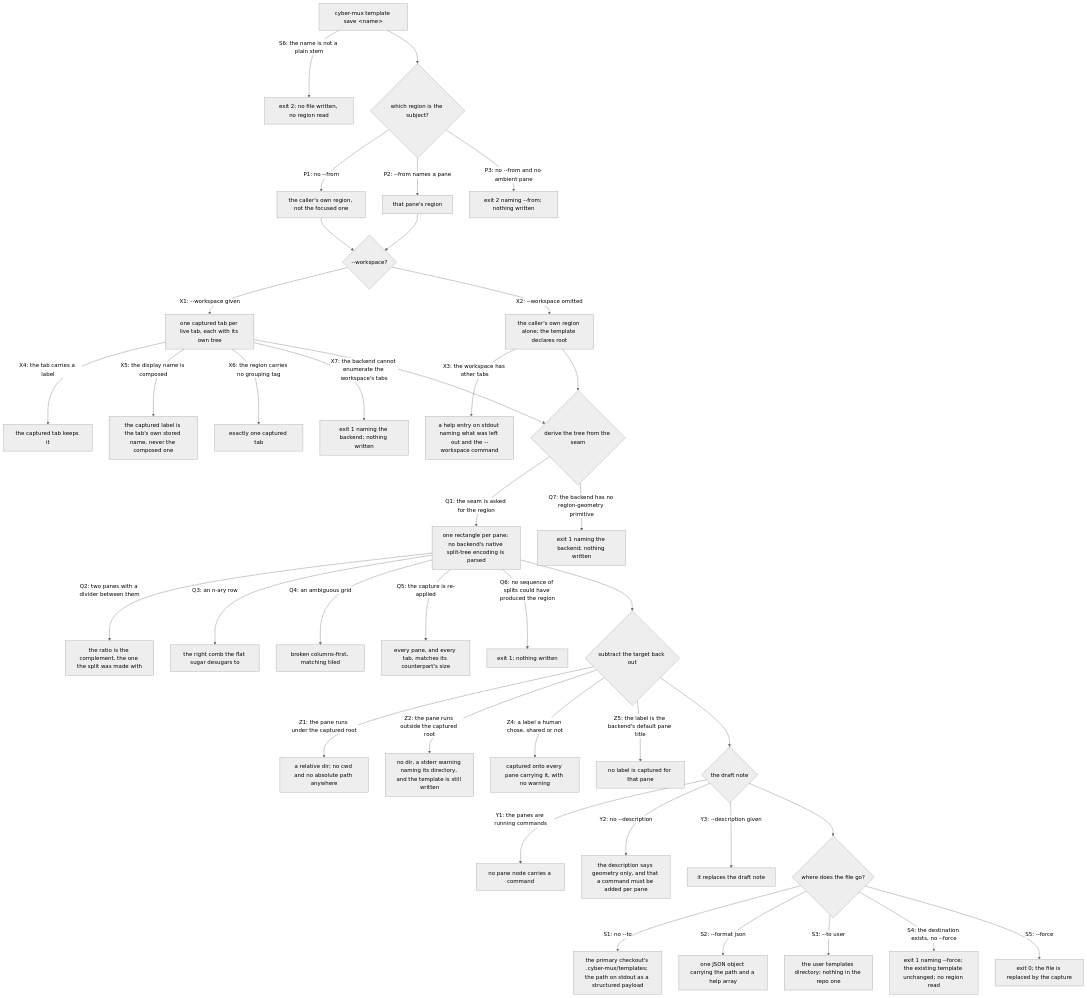
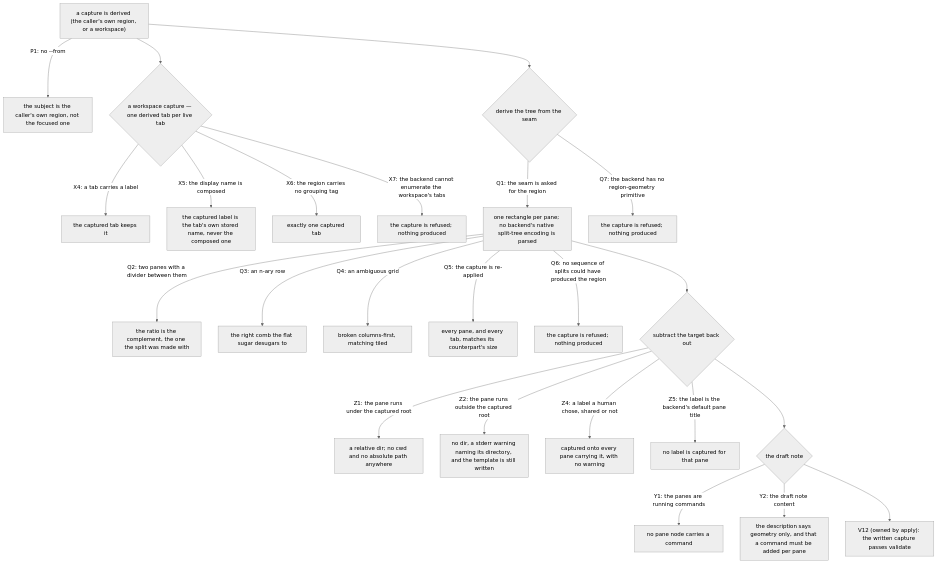
One commit to cyberuni/cyber-mux changed the diagram in packages/cyber-mux/.agents/spec/template/capture/README.md. Above: the diagram before and after it, drawn with Mermaid (neutral theme). The commit also changed other lines of this file and 31 other files, not shown here.

````diff
--- a/packages/cyber-mux/.agents/spec/template/capture/README.md
+++ b/packages/cyber-mux/.agents/spec/template/capture/README.md
@@ -178,43 +194,27 @@
 ```mermaid
 graph TD
-  SAVE["cyber-mux template save &lt;name&gt;"]
-  SAVE -->|"S6: the name is not a plain stem"| ES6["exit 2; no file written, no region read"]
-  SAVE --> SUBJ{"which region is the subject?"}
-  SUBJ -->|"P1: no --from"| P1["the caller's own region, not the focused one"]
-  SUBJ -->|"P2: --from names a pane"| P2["that pane's region"]
-  SUBJ -->|"P3: no --from and no ambient pane"| P3["exit 2 naming --from; nothing written"]
-  P1 --> SCOPE{"--workspace?"}
-  P2 --> SCOPE
-  SCOPE -->|"X1: --workspace given"| X1["one captured tab per live tab, each with its own tree"]
-  SCOPE -->|"X2: --workspace omitted"| X2["the caller's own region alone; the template declares root"]
-  X2 -->|"X3: the workspace has other tabs"| X3["a help entry on stdout naming what was left out and the --workspace command"]
-  X1 -->|"X4: the tab carries a label"| X4["the captured tab keeps it"]
-  X1 -->|"X5: the display name is composed"| X5["the captured label is the tab's own stored name, never the composed one"]
-  X1 -->|"X6: the region carries no grouping tag"| X6["exactly one captured tab"]
-  X1 -->|"X7: the backend cannot enumerate the workspace's tabs"| X7["exit 1 naming the backend; nothing written"]
-  X1 --> GEO
-  X2 --> GEO
-  GEO{"derive the tree from the seam"}
+  CAP["a capture is derived (the caller's own region, or a workspace)"]
+  CAP -->|"P1: no --from"| P1["the subject is the caller's own region, not the focused one"]
+  CAP --> WS{"a workspace capture — one derived tab per live tab"}
+  WS -->|"X4: a tab carries a label"| X4["the captured tab keeps it"]
+  WS -->|"X5: the display name is composed"| X5["the captured label is the tab's own stored name, never the composed one"]
+  WS -->|"X6: the region carries no grouping tag"| X6["exactly one captured tab"]
+  WS -->|"X7: the backend cannot enumerate the workspace's tabs"| X7["the capture is refused; nothing produced"]
+  CAP --> GEO{"derive the tree from the seam"}
   GEO -->|"Q1: the seam is asked for the region"| Q1["one rectangle per pane; no backend's native split-tree encoding is parsed"]
   Q1 -->|"Q2: two panes with a divider between them"| Q2["the ratio is the complement, the one the split was made with"]
   Q1 -->|"Q3: an n-ary row"| Q3["the right comb the flat sugar desugars to"]
   Q1 -->|"Q4: an ambiguous grid"| Q4["broken columns-first, matching tiled"]
   Q1 -->|"Q5: the capture is re-applied"| Q5["every pane, and every tab, matches its counterpart's size"]
-  Q1 -->|"Q6: no sequence of splits could have produced the region"| Q6["exit 1; nothing written"]
-  GEO -->|"Q7: the backend has no region-geometry primitive"| Q7["exit 1 naming the backend; nothing written"]
+  Q1 -->|"Q6: no sequence of splits could have produced the region"| Q6["the capture is refused; nothing produced"]
+  GEO -->|"Q7: the backend has no region-geometry primitive"| Q7["the capture is refused; nothing produced"]
   Q1 --> SUB{"subtract the target back out"}
   SUB -->|"Z1: the pane runs under the captured root"| Z1["a relative dir; no cwd and no absolute path anywhere"]
   SUB -->|"Z2: the pane runs outside the captured root"| Z2["no dir, a stderr warning naming its directory, and the template is still written"]
   SUB -->|"Z4: a label a human chose, shared or not"| Z4["captured onto every pane carrying it, with no warning"]
   SUB -->|"Z5: the label is the backend's default pane title"| Z5["no label is captured for that pane"]
   SUB --> DRAFT{"the draft note"}
   DRAFT -->|"Y1: the panes are running commands"| Y1["no pane node carries a command"]
-  DRAFT -->|"Y2: no --description"| Y2["the description says geometry only, and that a command must be added per pane"]
-  DRAFT -->|"Y3: --description given"| Y3["it replaces the draft note"]
-  DRAFT --> WRITE{"where does the file go?"}
-  WRITE -->|"S1: no --to"| S1["the primary checkout's .cyber-mux/templates; the path on stdout as a structured payload"]
-  WRITE -->|"S2: --format json"| S2["one JSON object carrying the path and a help array"]
-  WRITE -->|"S3: --to user"| S3["the user templates directory; nothing in the repo one"]
-  WRITE -->|"S4: the destination exists, no --force"| S4["exit 1 naming --force; the existing template unchanged; no region read"]
-  WRITE -->|"S5: --force"| S5["exit 0; the file is replaced by the capture"]
+  DRAFT -->|"Y2: the draft note content"| Y2["the description says geometry only, and that a command must be added per pane"]
+  DRAFT --> VAL["V12 (owned by apply): the written capture passes validate"]
 ```
````
